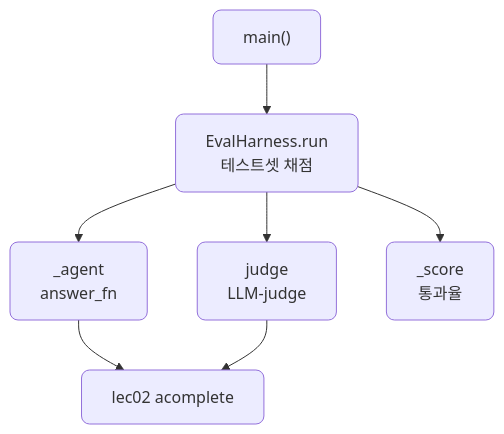
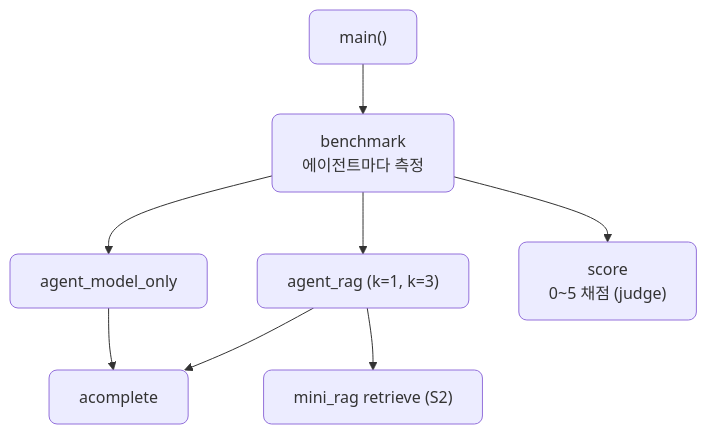
The fourth of 4 diagrams in docs/section4/lec06/README.md (CodeCompose7/ai_service_engineering), drawn with Mermaid before and after one commit. The commit also changed other lines of this file and 6 other files, not shown here.

````diff
--- a/docs/section4/lec06/README.md
+++ b/docs/section4/lec06/README.md
@@ -112,11 +84,11 @@
 ```mermaid
 flowchart TB
-  MAIN["main()"]
-  MAIN --> EH["EvalHarness.run<br/>테스트셋 채점"]
-  EH --> AG["_agent<br/>answer_fn"]
-  EH --> J["judge<br/>LLM-judge"]
-  EH --> SC["_score<br/>통과율"]
-  AG --> LLM["lec02 acomplete"]
-  J --> LLM
+  MAIN["main()"] --> BM["benchmark<br/>에이전트마다 측정"]
+  BM --> AG1["agent_model_only"]
+  BM --> AG2["agent_rag (k=1, k=3)"]
+  BM --> SC["score<br/>0~5 채점 (judge)"]
+  AG1 --> LLM["acomplete"]
+  AG2 --> RET["mini_rag retrieve (S2)"]
+  AG2 --> LLM
   classDef default rx:8,ry:8;
 ```
````
